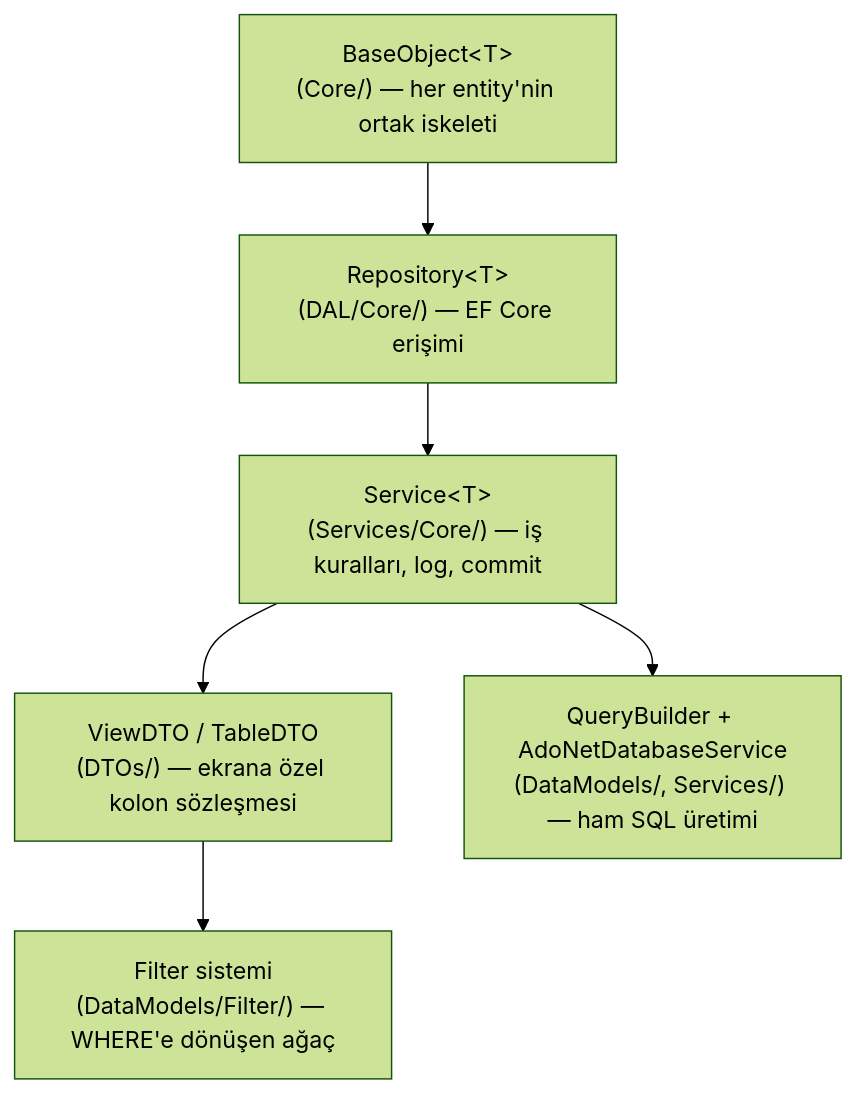
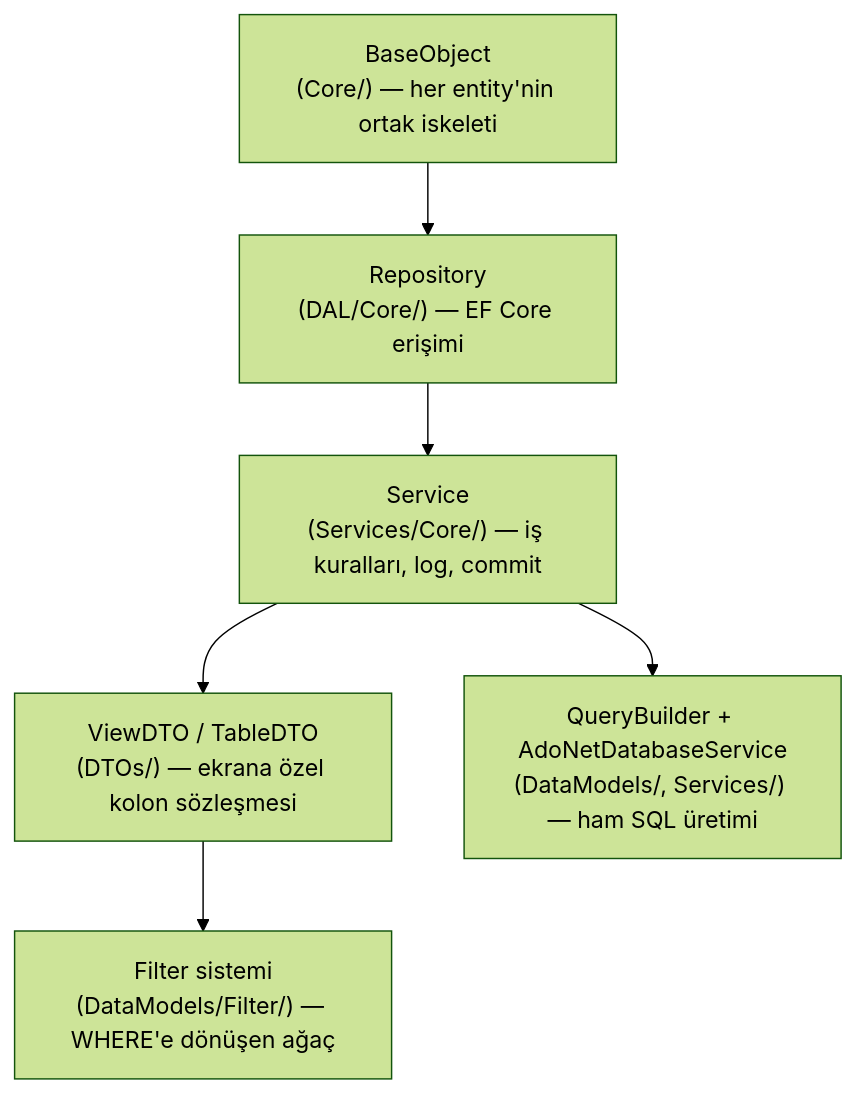
Before and after one commit to arargame/Hydra: the diagram in Academy/01-Architecture/01-hydra-core.md, drawn with Mermaid (forest theme). The commit also changed other lines of this file and 27 other files, not shown here.

Commit message:
feat(core,academy): add access management, authorization, file services and comprehensive architecture documentation

````diff
--- a/Academy/01-Architecture/01-hydra-core.md
+++ b/Academy/01-Architecture/01-hydra-core.md
@@ -12,8 +12,8 @@
 ```mermaid
 graph TD
-    A["BaseObject&lt;T&gt;<br/>(Core/) — her entity'nin ortak iskeleti"] --> B["Repository&lt;T&gt;<br/>(DAL/Core/) — EF Core erişimi"]
-    B --> C["Service&lt;T&gt;<br/>(Services/Core/) — iş kuralları, log, commit"]
+    A["BaseObject<T><br/>(Core/) — her entity'nin ortak iskeleti"] --> B["Repository<T><br/>(DAL/Core/) — EF Core erişimi"]
+    B --> C["Service<T><br/>(Services/Core/) — iş kuralları, log, commit"]
     C --> D["ViewDTO / TableDTO<br/>(DTOs/) — ekrana özel kolon sözleşmesi"]
     D --> E["Filter sistemi<br/>(DataModels/Filter/) — WHERE'e dönüşen ağaç"]
     C --> F["QueryBuilder + AdoNetDatabaseService<br/>(DataModels/, Services/) — ham SQL üretimi"]
 ```
````
